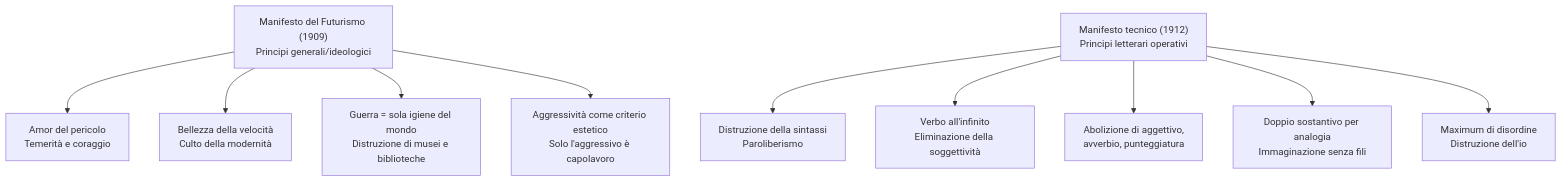
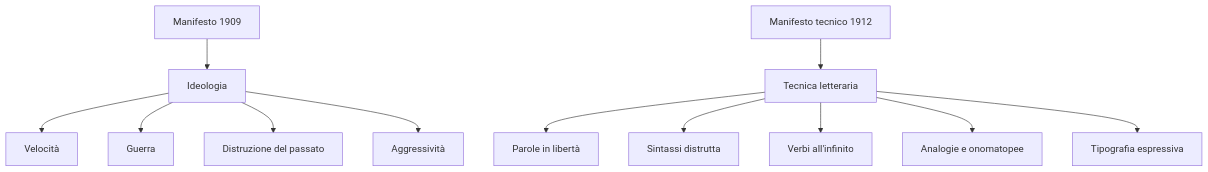
Before and after one commit to riccardo-algorime/appunti-5Bsa: the second of 3 diagrams in italiano/futurismo/riassunto.md, drawn with Mermaid. The commit also changed other lines of this file and 6 other files, not shown here.

````diff
--- a/italiano/futurismo/riassunto.md
+++ b/italiano/futurismo/riassunto.md
@@ -120,13 +146,15 @@
 ```mermaid
 flowchart TD
-    A["Manifesto del Futurismo (1909)<br/>Principi generali/ideologici"] --> B["Amor del pericolo<br/>Temerità e coraggio"]
-    A --> C["Bellezza della velocità<br/>Culto della modernità"]
-    A --> D["Guerra = sola igiene del mondo<br/>Distruzione di musei e biblioteche"]
-    A --> E["Aggressività come criterio estetico<br/>Solo l'aggressivo è capolavoro"]
-    
-    F["Manifesto tecnico (1912)<br/>Principi letterari operativi"] --> G["Distruzione della sintassi<br/>Paroliberismo"]
-    F --> H["Verbo all'infinito<br/>Eliminazione della soggettività"]
-    F --> I["Abolizione di aggettivo,<br/>avverbio, punteggiatura"]
-    F --> J["Doppio sostantivo per analogia<br/>Immaginazione senza fili"]
-    F --> K["Maximum di disordine<br/>Distruzione dell'io"]
+    A["Manifesto 1909"] --> B["Ideologia"]
+    B --> C["Velocità"]
+    B --> D["Guerra"]
+    B --> E["Distruzione del passato"]
+    B --> F["Aggressività"]
+
+    G["Manifesto tecnico 1912"] --> H["Tecnica letteraria"]
+    H --> I["Parole in libertà"]
+    H --> J["Sintassi distrutta"]
+    H --> K["Verbi all'infinito"]
+    H --> L["Analogie e onomatopee"]
+    H --> M["Tipografia espressiva"]
 ```
````
